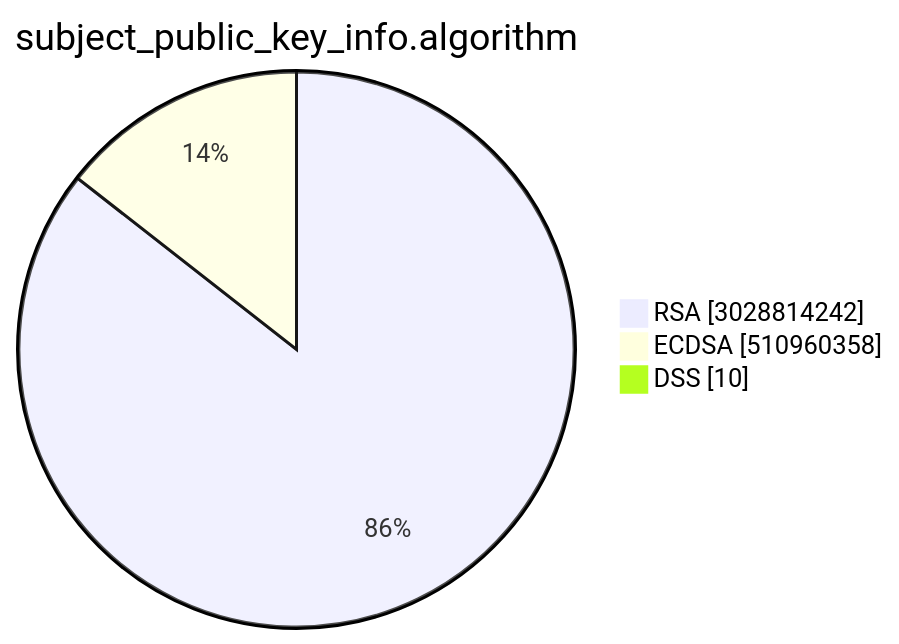
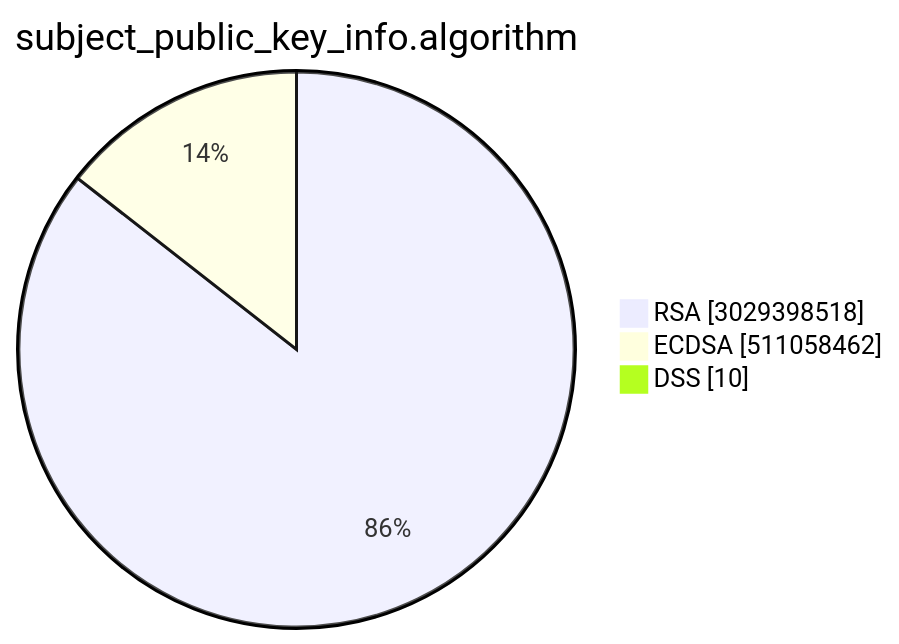
One commit to christiankrug/ctmonitor_visualization changed the second of 15 diagrams in TOTAL/README.md. Above: the diagram before and after it, drawn with Mermaid. The commit also changed other lines of this file, not shown here.

````diff
--- a/TOTAL/README.md
+++ b/TOTAL/README.md
@@ -6,7 +6,7 @@
 ```mermaid
 pie showData
 title subject_public_key_info.algorithm
-"RSA" :3028814242
-"ECDSA" :510960358
+"RSA" :3029398518
+"ECDSA" :511058462
 "DSS" :10
 ```
````
